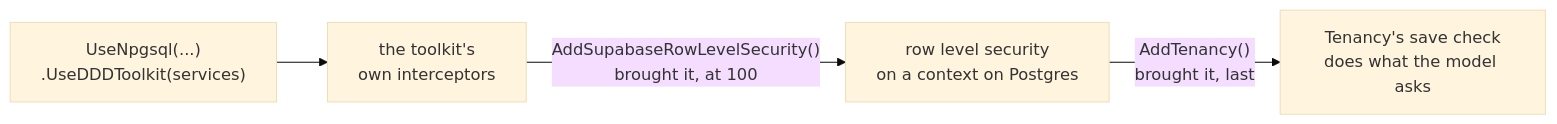
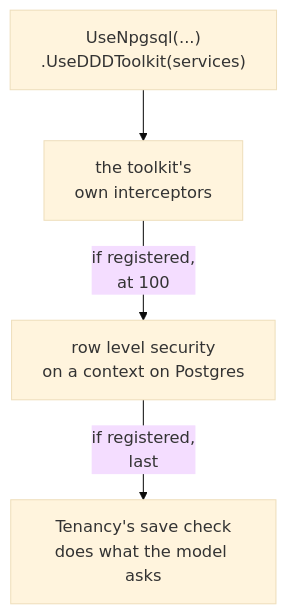
Before and after one commit to DylanSnel/DDDToolkit: the first of 3 diagrams in docs/entity-framework.md, drawn with Mermaid (base theme). The commit also changed other lines of this file and 9 other files, not shown here.

````diff
--- a/docs/entity-framework.md
+++ b/docs/entity-framework.md
@@ -103,6 +119,6 @@
 ```mermaid
-flowchart LR
+flowchart TB
     Call["UseNpgsql(...)<br/>.UseDDDToolkit(services)"] --> Own["the toolkit's<br/>own interceptors"]
-    Own -- "AddSupabaseRowLevelSecurity()<br/>brought it, at 100" --> Rls["row level security<br/>on a context on Postgres"]
-    Rls -- "AddTenancy()<br/>brought it, last" --> Tenancy["Tenancy's save check<br/>does what the model asks"]
+    Own -- "if registered,<br/>at 100" --> Rls["row level security<br/>on a context on Postgres"]
+    Rls -- "if registered,<br/>last" --> Tenancy["Tenancy's save check<br/>does what the model asks"]
 ```
````
